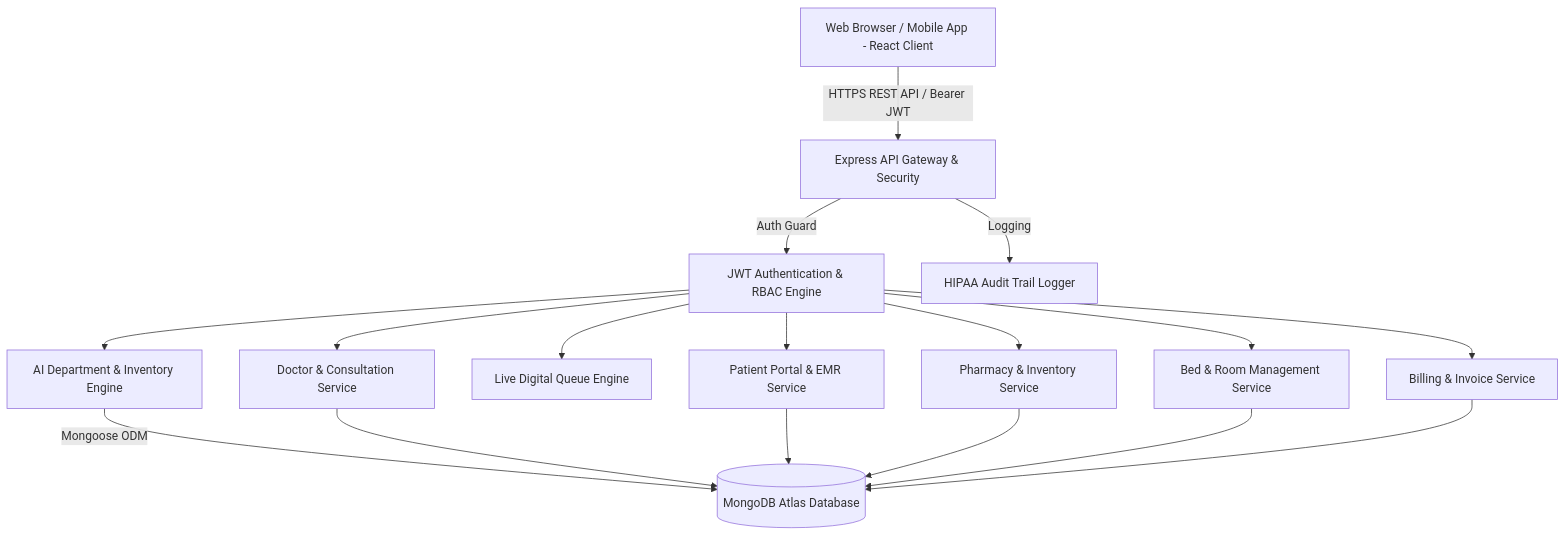
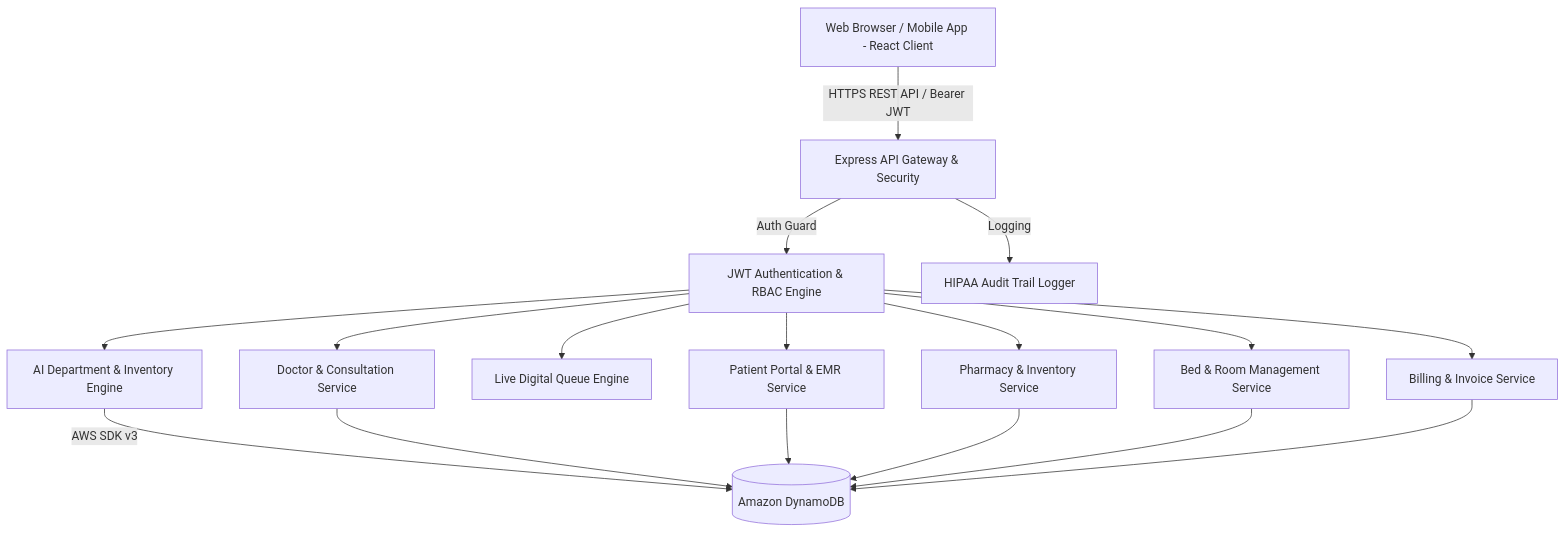
One commit to Pratiknikam31/Cloud_CP changed the first of 2 diagrams in DOCUMENTATION.md. Above: the diagram before and after it, drawn with Mermaid. The commit also changed other lines of this file and 60 other files, not shown here.

Commit message:
Port all modules to DynamoDB, remove MongoDB, add Vercel config, tests and SETUP.md

````diff
--- a/DOCUMENTATION.md
+++ b/DOCUMENTATION.md
@@ -24,21 +24,21 @@
 ```mermaid
 graph TD
     Client[Web Browser / Mobile App - React Client] -->|HTTPS REST API / Bearer JWT| Gateway[Express API Gateway & Security]
     Gateway -->|Auth Guard| JWT[JWT Authentication & RBAC Engine]
     Gateway -->|Logging| Audit[HIPAA Audit Trail Logger]
     
     JWT --> DoctorModule[Doctor & Consultation Service]
     JWT --> PatientModule[Patient Portal & EMR Service]
     JWT --> QueueModule[Live Digital Queue Engine]
     JWT --> AIService[AI Department & Inventory Engine]
     JWT --> PharmacyModule[Pharmacy & Inventory Service]
     JWT --> BedModule[Bed & Room Management Service]
     JWT --> BillingModule[Billing & Invoice Service]
     
-    AIService -->|Mongoose ODM| DB[(MongoDB Atlas Database)]
+    AIService -->|AWS SDK v3| DB[(Amazon DynamoDB)]
     DoctorModule --> DB
     PatientModule --> DB
     PharmacyModule --> DB
     BedModule --> DB
     BillingModule --> DB
 ```
````
